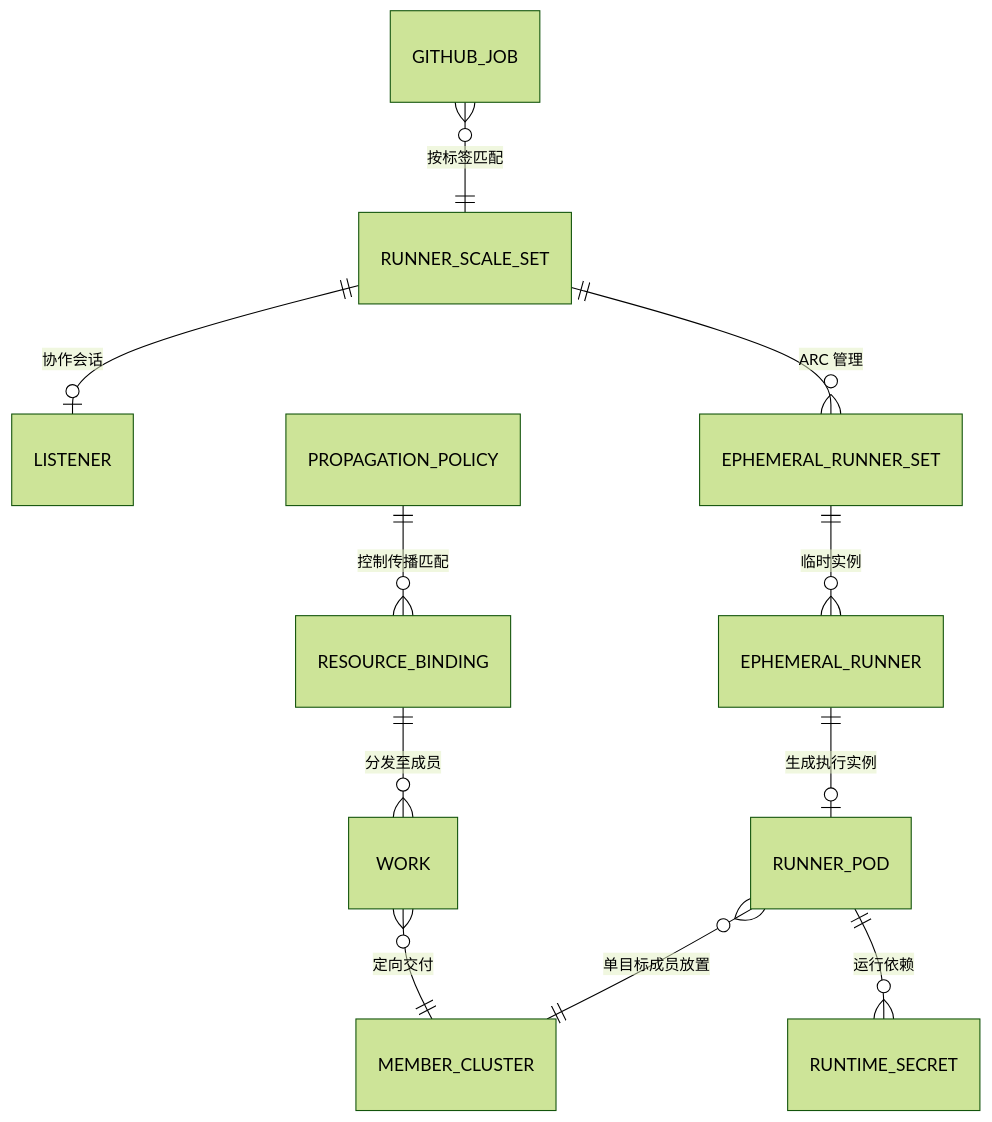
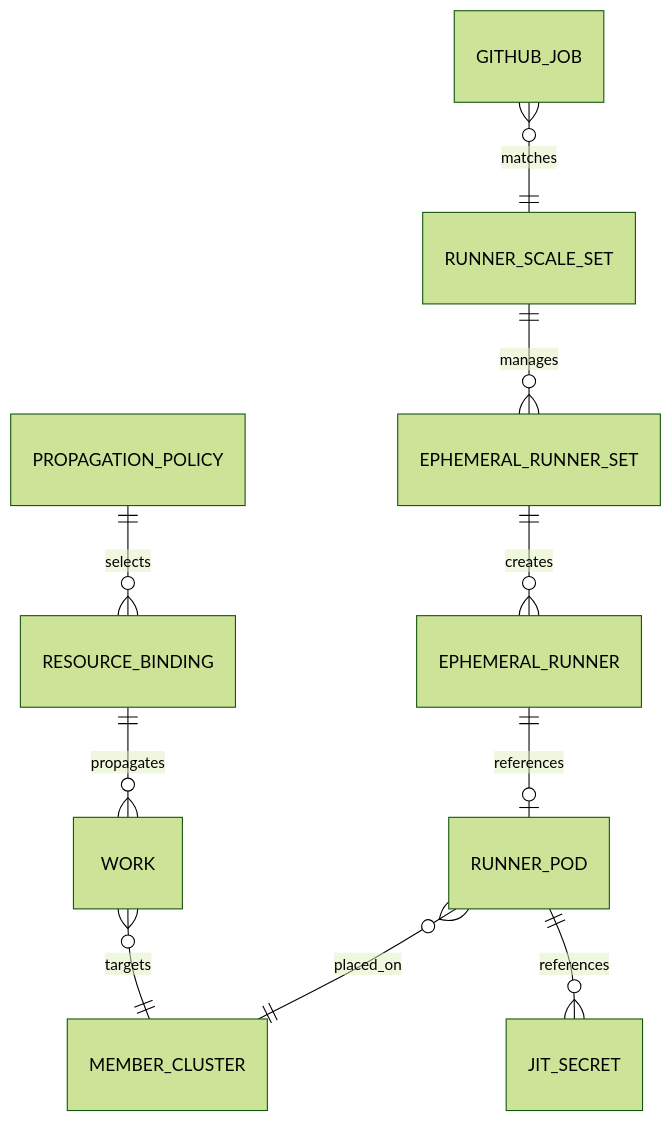
One commit to pkking/arc-karmada-test changed the second of 13 diagrams in docs/ASCEND-CI-FEDERATED-CLUSTER-FUNCTIONAL-DESIGN.md. Above: the diagram before and after it, drawn with Mermaid (forest theme). The commit also changed other lines of this file, not shown here.

Commit message:
docs: align federation design with ARC and Karmada scope

````diff
--- a/docs/ASCEND-CI-FEDERATED-CLUSTER-FUNCTIONAL-DESIGN.md
+++ b/docs/ASCEND-CI-FEDERATED-CLUSTER-FUNCTIONAL-DESIGN.md
@@ -314,13 +302,12 @@
 ```mermaid
 erDiagram
-  GITHUB_JOB }o--|| RUNNER_SCALE_SET : "按标签匹配"
-  RUNNER_SCALE_SET ||--o| LISTENER : "协作会话"
-  RUNNER_SCALE_SET ||--o{ EPHEMERAL_RUNNER_SET : "ARC 管理"
-  EPHEMERAL_RUNNER_SET ||--o{ EPHEMERAL_RUNNER : "临时实例"
-  EPHEMERAL_RUNNER ||--o| RUNNER_POD : "生成执行实例"
-  RUNNER_POD }o--|| MEMBER_CLUSTER : "单目标成员放置"
-  RUNNER_POD ||--o{ RUNTIME_SECRET : "运行依赖"
-  PROPAGATION_POLICY ||--o{ RESOURCE_BINDING : "控制传播匹配"
-  RESOURCE_BINDING ||--o{ WORK : "分发至成员"
-  WORK }o--|| MEMBER_CLUSTER : "定向交付"
+  GITHUB_JOB }o--|| RUNNER_SCALE_SET : matches
+  RUNNER_SCALE_SET ||--o{ EPHEMERAL_RUNNER_SET : manages
+  EPHEMERAL_RUNNER_SET ||--o{ EPHEMERAL_RUNNER : creates
+  EPHEMERAL_RUNNER ||--o| RUNNER_POD : references
+  RUNNER_POD }o--|| MEMBER_CLUSTER : placed_on
+  RUNNER_POD ||--o{ JIT_SECRET : references
+  PROPAGATION_POLICY ||--o{ RESOURCE_BINDING : selects
+  RESOURCE_BINDING ||--o{ WORK : propagates
+  WORK }o--|| MEMBER_CLUSTER : targets
 ```
````
